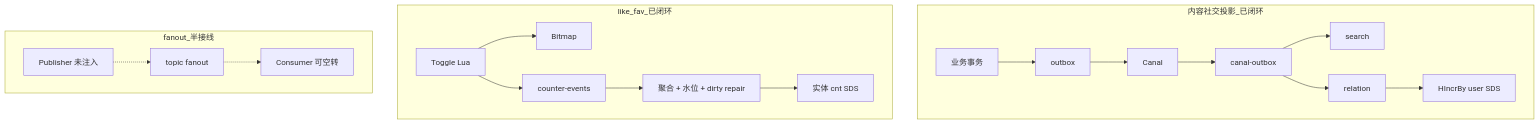
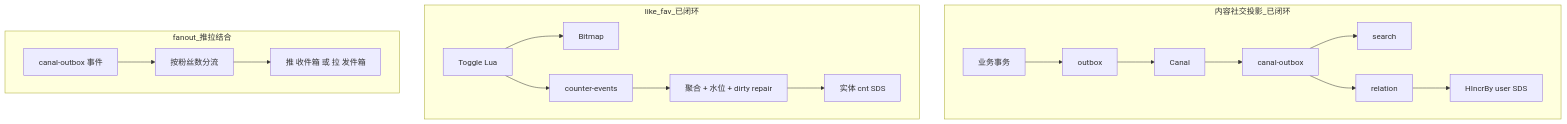
Diagram 19 of 23 in docs/跨模块流程图.md (bitladykiller/zhiguang_go), drawn with Mermaid before and after one commit. The commit also changed other lines of this file and 43 other files, not shown here.

````diff
--- a/docs/跨模块流程图.md
+++ b/docs/跨模块流程图.md
@@ -679,23 +687,23 @@
 ```mermaid
 flowchart TD
     subgraph 内容社交投影_已闭环
       A[业务事务] --> B[outbox]
       B --> C[Canal]
       C --> D[canal-outbox]
       D --> E[search]
       D --> F[relation]
       F --> G[HIncrBy user SDS]
     end
 
     subgraph like_fav_已闭环
       H[Toggle Lua] --> I[Bitmap]
       H --> J[counter-events]
       J --> K[聚合 + 水位 + dirty repair]
       K --> L[实体 cnt SDS]
     end
 
-    subgraph fanout_半接线
-      M[Publisher 未注入] -.-> N[topic fanout]
-      N -.-> O[Consumer 可空转]
+    subgraph fanout_推拉结合
+      M[canal-outbox 事件] --> N[按粉丝数分流]
+      N --> O[推 收件箱 或 拉 发件箱]
     end
 ```
````
